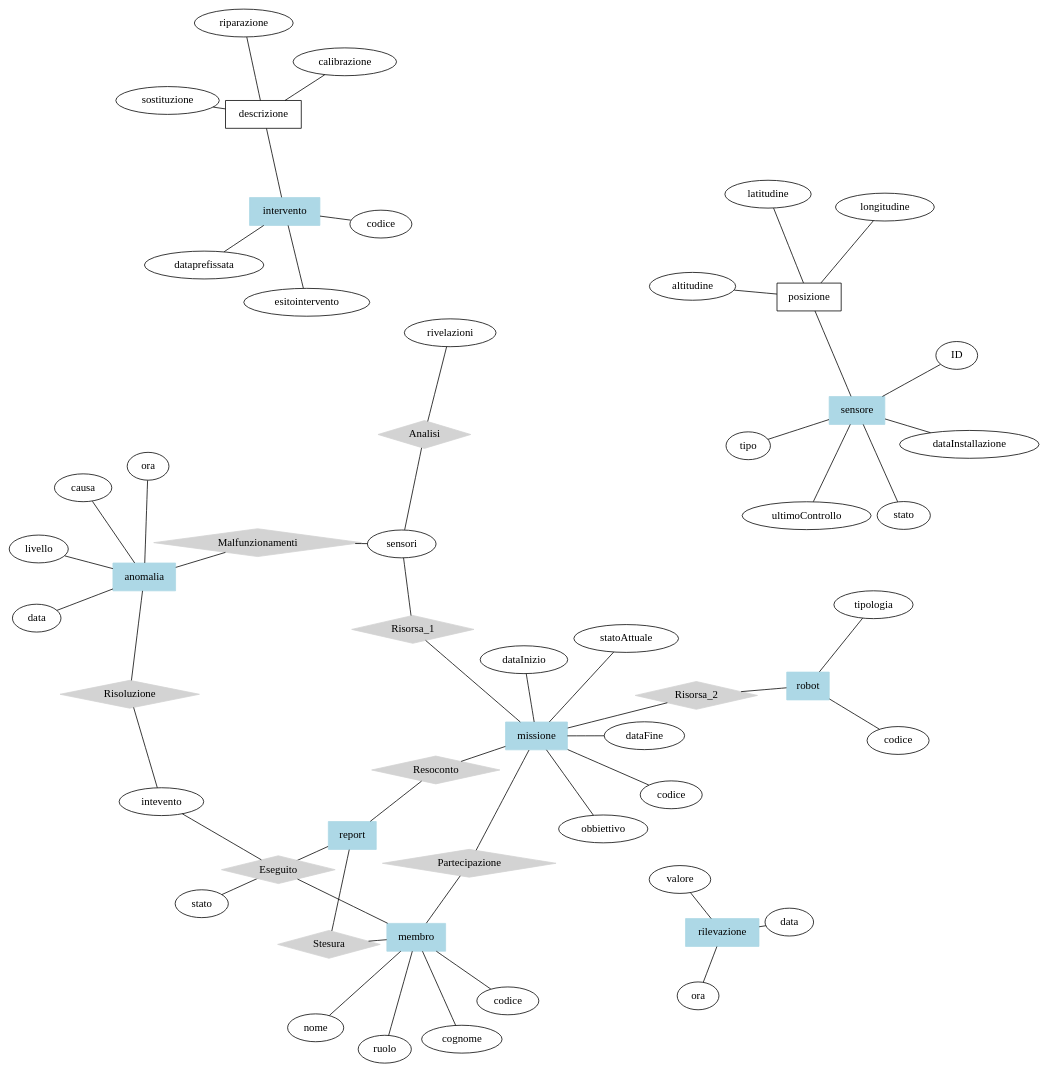
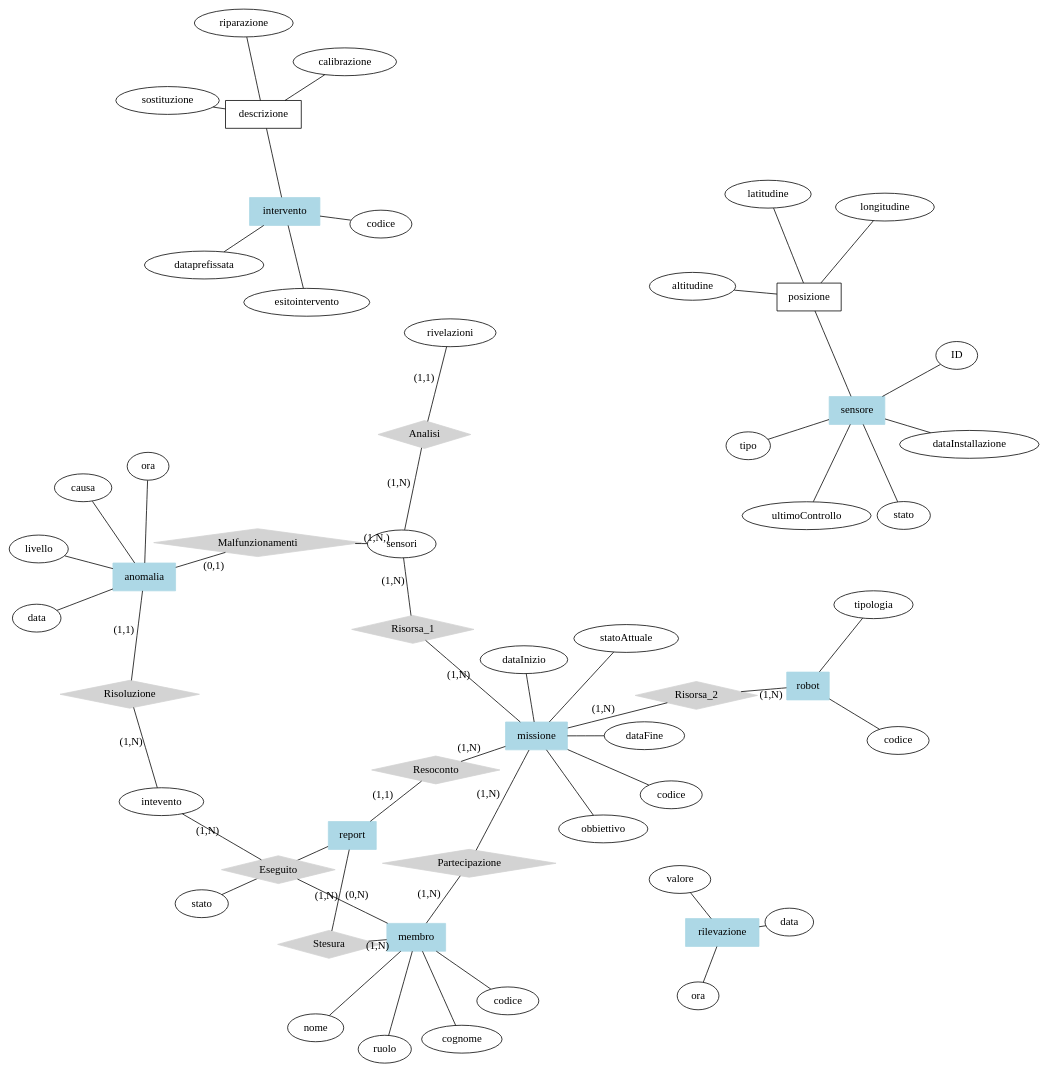
The diagram in Modello-ER.dot (Air4x/Progetto-2024-25-DB), drawn with Graphviz before and after one commit.

Commit message:
Aggiunte le cardinalità alle relazioni

```diff
--- a/Modello-ER.dot
+++ b/Modello-ER.dot
@@ -1,114 +1,123 @@
 graph ER {
     layout=neato;
     overlap=false;
     // Entità
     /// Missione
     missione[shape="box", style=filled, color="lightblue"];
     missione_codice[label="codice"];
     missione_obbiettivo[label="obbiettivo"];
     missione_statoattuale[label="statoAttuale"];
     missione_dataFine[label="dataFine"];
     missione_dataInizio[label="dataInizio"];
     missione -- missione_codice;
     missione -- missione_obbiettivo;
     missione -- missione_statoattuale;
     missione -- missione_dataFine;
     missione -- missione_dataInizio;
     /// Membri dell'Equipaggio
     membro[shape="box", style=filled, color="lightblue"];
     membro_codice[label="codice"];
     membro_nome[label="nome"];
     membro_cognome[label="cognome"];
     membro_ruolo[label="ruolo"];
     membro -- membro_codice;
     membro -- membro_nome;
     membro -- membro_cognome;
     membro -- membro_ruolo;
     /// Sensori
     sensore[shape="box", style=filled, color="lightblue"];
     sensore_ID[label="ID"];
     sensore_posizione[shape="box", label="posizione"];
     sensore_pos_latitudine[label="latitudine"];
     sensore_pos_longitudine[label="longitudine"];
     sensore_pos_altitudine[label="altitudine"];
     sensore_tipo[label="tipo"];
     sensore_dataInstallazione[label="dataInstallazione"];
     sensore_ultimoControllo[label="ultimoControllo"];
     sensore_stato[label="stato"];
     sensore -- sensore_ID;
     sensore -- sensore_posizione;
     sensore_posizione -- sensore_pos_latitudine;
     sensore_pos_longitudine -- sensore_posizione -- sensore_pos_altitudine;
     sensore -- sensore_tipo;
     sensore -- sensore_dataInstallazione;
     sensore -- sensore_ultimoControllo;
     sensore -- sensore_stato;
     /// Robot
     robot[shape="box", style=filled, color="lightblue"];
     robot_codice[label="codice"];
     robot_tipo[label="tipologia"];
     robot_codice -- robot -- robot_tipo;
     /// Rilevazione
     rilevazione[shape="box", style=filled, color="lightblue"];
     rilevazione_data[label="data"];
     rilevazione_ora[label="ora"];
     rilevazione_valore[label="valore"];
     rilevazione_data -- rilevazione -- rilevazione_ora;
     rilevazione -- rilevazione_valore;
     /// Anomalia
     anomalia[shape="box", style=filled, color="lightblue"];
     anomalia_data[label="data"];
     anomalia_ora[label="ora"];
     anomalia_causa[label="causa"];
     anomalia_livello[label="livello"];
     anomalia_data -- anomalia -- anomalia_ora;
     anomalia_causa -- anomalia -- anomalia_livello;
     /// Intervento
     intervento[shape="box", style=filled, color="lightblue"];
     intervento_codice[label="codice"];
     intervento_descrizione[shape="box", label="descrizione"];
     intervento_descrizione_riparazione[label="riparazione"];
     intervento_descrizione_calibrazione[label="calibrazione"];
     intervento_descrizione_sostituzione[label="sostituzione"];
     intervento_dataprefissata[label="dataprefissata"];
     intervento_esitointervento[label="esitointervento"];
     intervento -- intervento_codice;
     intervento -- intervento_descrizione;
     intervento_descrizione_riparazione -- intervento_descrizione -- intervento_descrizione_calibrazione;
     intervento_descrizione_sostituzione -- intervento_descrizione;
     intervento -- intervento_esitointervento;
     intervento -- intervento_dataprefissata;
     /// Report
     report[shape="box", style=filled, color="lightblue"];
     report_statomissione[label="stato"];
     report -- report_statomissione;
     // Relazioni
     /// Resoconto [missione (1,N) - report (1,1)]
     Resoconto[shape="diamond", style=filled, color="lightgray"];
-    missione -- Resoconto -- report;
+    missione -- Resoconto[label="(1,N)"];
+    Resoconto -- report[label="(1,1)"];
     ///Stesura [membro (1,N) - report (1,N)]
     Stesura[shape="diamond", style=filled, color="lightgray"];
-    membro -- Stesura -- report;
+    membro -- Stesura[label="(1,N)"];
+    Stesura -- report[label="(1,N)"];
     ///Partecipazione [missione (1,N) - membro (1,N)]
     Partecipazione[shape="diamond", style=filled, color="lightgray"];
-    missione -- Partecipazione -- membro;
+    missione -- Partecipazione[label="(1,N)"];
+    Partecipazione -- membro[label="(1,N)"];
     ///Eseguito [intevento (1,N) - membro (0,N)]
     Eseguito[shape="diamond", style=filled, color="lightgray"];
-    intevento -- Eseguito -- membro;
+    intevento -- Eseguito[label="(1,N)"];
+    Eseguito -- membro[label="(0,N)"];
     ///Risorsa_1 [missione (1,N) - sensori (1,N)]
     Risorsa_1[shape="diamond", style=filled, color="lightgray"];
-    missione -- Risorsa_1 -- sensori;
+    missione -- Risorsa_1[label="(1,N)"];
+    Risorsa_1 -- sensori[label="(1,N)"];
     ///Risorsa_2 [missione (1,N) - robot (1,N)]
     Risorsa_2[shape="diamond", style=filled, color="lightgray"];
-    missione -- Risorsa_2 -- robot;
+    missione -- Risorsa_2[label="(1,N)"];
+    Risorsa_2 -- robot[label="(1,N)"];
     ///Analisi [sensori (1,N) - rivelazioni (1,1)]
     Analisi[shape="diamond", style=filled, color="lightgray"];
-    sensori -- Analisi -- rivelazioni;
+    sensori -- Analisi[label="(1,N)"];
+    Analisi -- rivelazioni[label="(1,1)"];
     ///Malfunzionamenti [sensori (1,N) - anomalia (0,1)]
     Malfunzionamenti[shape="diamond", style=filled, color="lightgray"];
-    sensori -- Malfunzionamenti -- anomalia;
+    sensori -- Malfunzionamenti[label="(1,N,)"];
+    Malfunzionamenti -- anomalia[label="(0,1)"];
     ///Risoluzione [anomalia (1,1) - intevento (1,N,)]
     Risoluzione[shape="diamond", style=filled, color="lightgray"];
-    anomalia -- Risoluzione -- intevento;
+    anomalia -- Risoluzione[label="(1,1)"];
+    Risoluzione -- intevento[label="(1,N)"];
     // Varie ed Eventuali
 }
```
